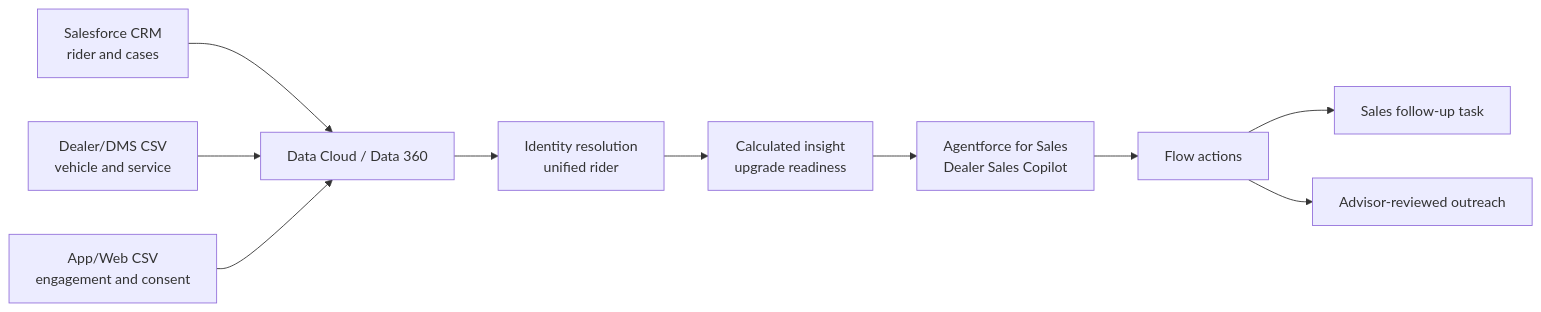
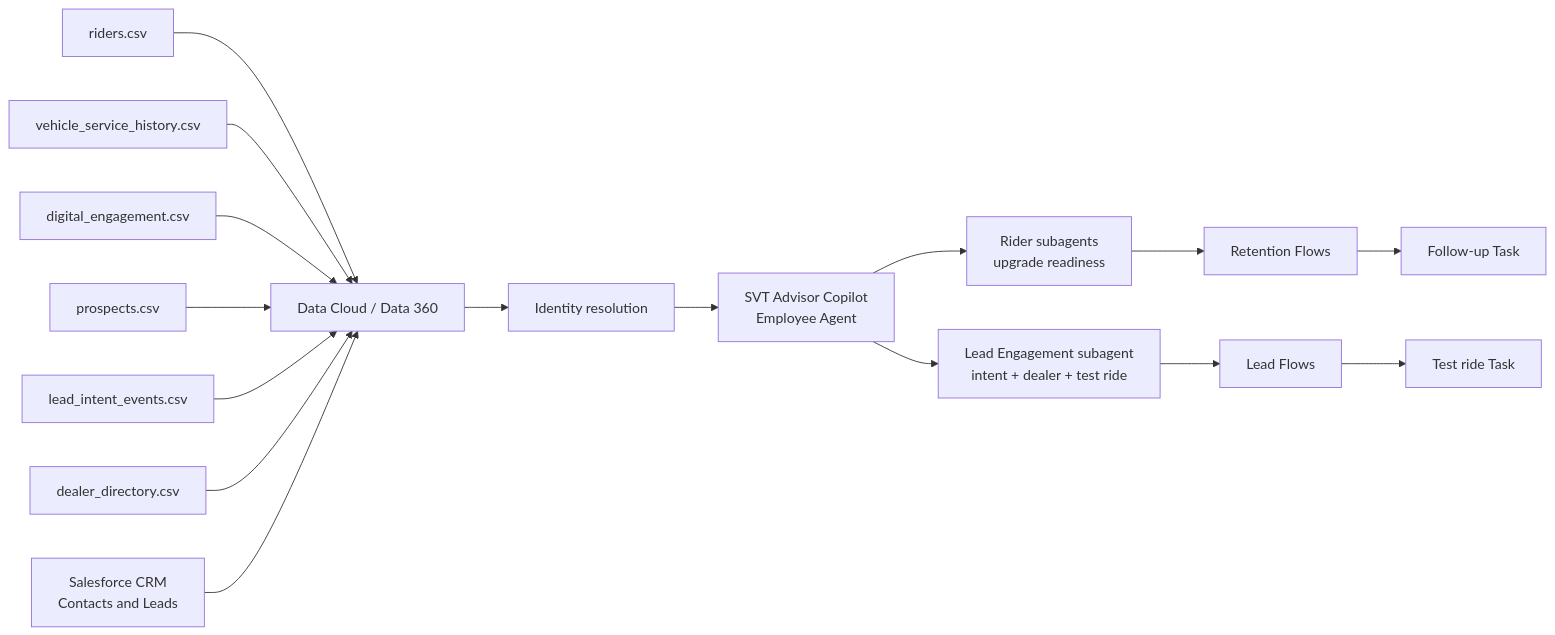
One commit to mightyForce/forcebewithyou changed the diagram in docs/svt-data-cloud-agentforce-demo.md. Above: the diagram before and after it, drawn with Mermaid. The commit also changed other lines of this file and 1 other file, not shown here.

First line of the commit message:
Document Lead Engagement module, flows, mappings, and test prompts

````diff
--- a/docs/svt-data-cloud-agentforce-demo.md
+++ b/docs/svt-data-cloud-agentforce-demo.md
@@ -95,17 +119,29 @@
 ```mermaid
 flowchart LR
-    CRM[Salesforce CRM<br/>rider and cases]
-    DMS[Dealer/DMS CSV<br/>vehicle and service]
-    ENG[App/Web CSV<br/>engagement and consent]
+    CRM[Salesforce CRM<br/>Contacts and Leads]
+    RIDERS[riders.csv]
+    SVC[vehicle_service_history.csv]
+    DIG[digital_engagement.csv]
+    PROS[prospects.csv]
+    LEAD[lead_intent_events.csv]
+    DLR[dealer_directory.csv]
 
-    CRM --> DC[Data Cloud / Data 360]
-    DMS --> DC
-    ENG --> DC
+    RIDERS --> DC[Data Cloud / Data 360]
+    SVC --> DC
+    DIG --> DC
+    PROS --> DC
+    LEAD --> DC
+    DLR --> DC
+    CRM --> DC
 
-    DC --> IR[Identity resolution<br/>unified rider]
-    IR --> CI[Calculated insight<br/>upgrade readiness]
-    CI --> AF[Agentforce for Sales<br/>Dealer Sales Copilot]
-    AF --> FLOW[Flow actions]
-    FLOW --> TASK[Sales follow-up task]
-    FLOW --> DRAFT[Advisor-reviewed outreach]
+    DC --> IR[Identity resolution]
+    IR --> AF[SVT Advisor Copilot<br/>Employee Agent]
+
+    AF --> R1[Rider subagents<br/>upgrade readiness]
+    AF --> R2[Lead Engagement subagent<br/>intent + dealer + test ride]
+
+    R1 --> FLOW1[Retention Flows]
+    R2 --> FLOW2[Lead Flows]
+    FLOW1 --> TASK1[Follow-up Task]
+    FLOW2 --> TASK2[Test ride Task]
 ```
````
